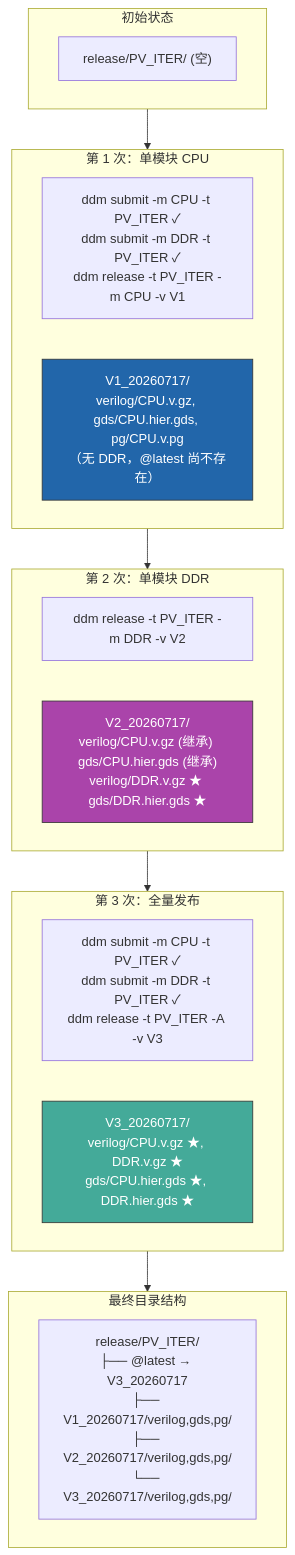
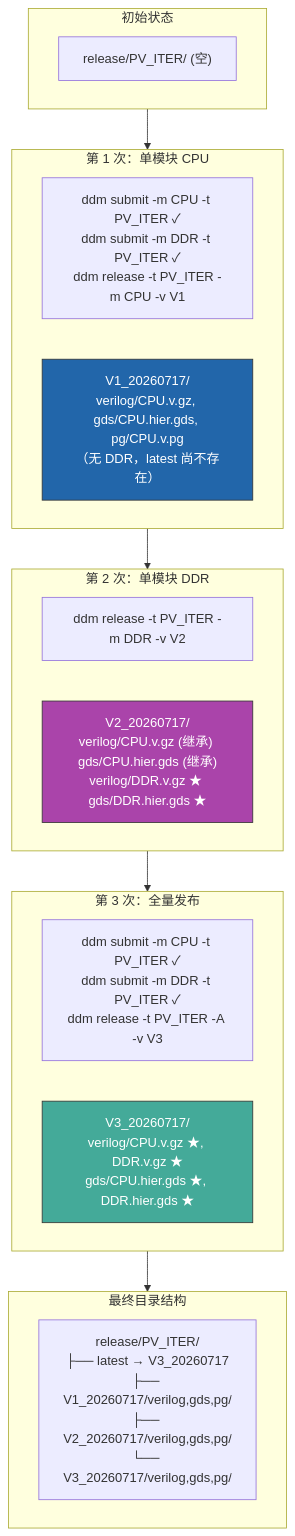
Before and after one commit to winsight/ddm: diagram 17 of 17 in docs/WORKFLOWS.md, drawn with Mermaid. The commit also changed other lines of this file and 8 other files, not shown here.

````diff
--- a/docs/WORKFLOWS.md
+++ b/docs/WORKFLOWS.md
@@ -674,33 +674,33 @@
 ```mermaid
 flowchart TD
     subgraph STEP0["初始状态"]
         E0["release/PV_ITER/ (空)"]
     end
 
     subgraph STEP1["第 1 次：单模块 CPU"]
         E1["ddm submit -m CPU -t PV_ITER ✓<br/>ddm submit -m DDR -t PV_ITER ✓<br/>ddm release -t PV_ITER -m CPU -v V1"]
-        R1["V1_20260717/<br/>verilog/CPU.v.gz, gds/CPU.hier.gds, pg/CPU.v.pg<br/>（无 DDR，@latest 尚不存在）"]
+        R1["V1_20260717/<br/>verilog/CPU.v.gz, gds/CPU.hier.gds, pg/CPU.v.pg<br/>（无 DDR，latest 尚不存在）"]
     end
 
     subgraph STEP2["第 2 次：单模块 DDR"]
         E2["ddm release -t PV_ITER -m DDR -v V2"]
         R2["V2_20260717/<br/>verilog/CPU.v.gz (继承) gds/CPU.hier.gds (继承)<br/>verilog/DDR.v.gz ★ gds/DDR.hier.gds ★"]
     end
 
     subgraph STEP3["第 3 次：全量发布"]
         E3["ddm submit -m CPU -t PV_ITER ✓<br/>ddm submit -m DDR -t PV_ITER ✓<br/>ddm release -t PV_ITER -A -v V3"]
         R3["V3_20260717/<br/>verilog/CPU.v.gz ★, DDR.v.gz ★<br/>gds/CPU.hier.gds ★, DDR.hier.gds ★"]
     end
 
     STEP0 --> STEP1 --> STEP2 --> STEP3
 
     subgraph FINAL["最终目录结构"]
-        TREE["release/PV_ITER/<br/>├── @latest → V3_20260717<br/>├── V1_20260717/verilog,gds,pg/<br/>├── V2_20260717/verilog,gds,pg/<br/>└── V3_20260717/verilog,gds,pg/"]
+        TREE["release/PV_ITER/<br/>├── latest → V3_20260717<br/>├── V1_20260717/verilog,gds,pg/<br/>├── V2_20260717/verilog,gds,pg/<br/>└── V3_20260717/verilog,gds,pg/"]
     end
 
     STEP3 --> FINAL
 
     style R1 fill:#26a,stroke:#333,color:#fff
     style R2 fill:#a4a,stroke:#333,color:#fff
     style R3 fill:#4a9,stroke:#333,color:#fff
 ```
````
